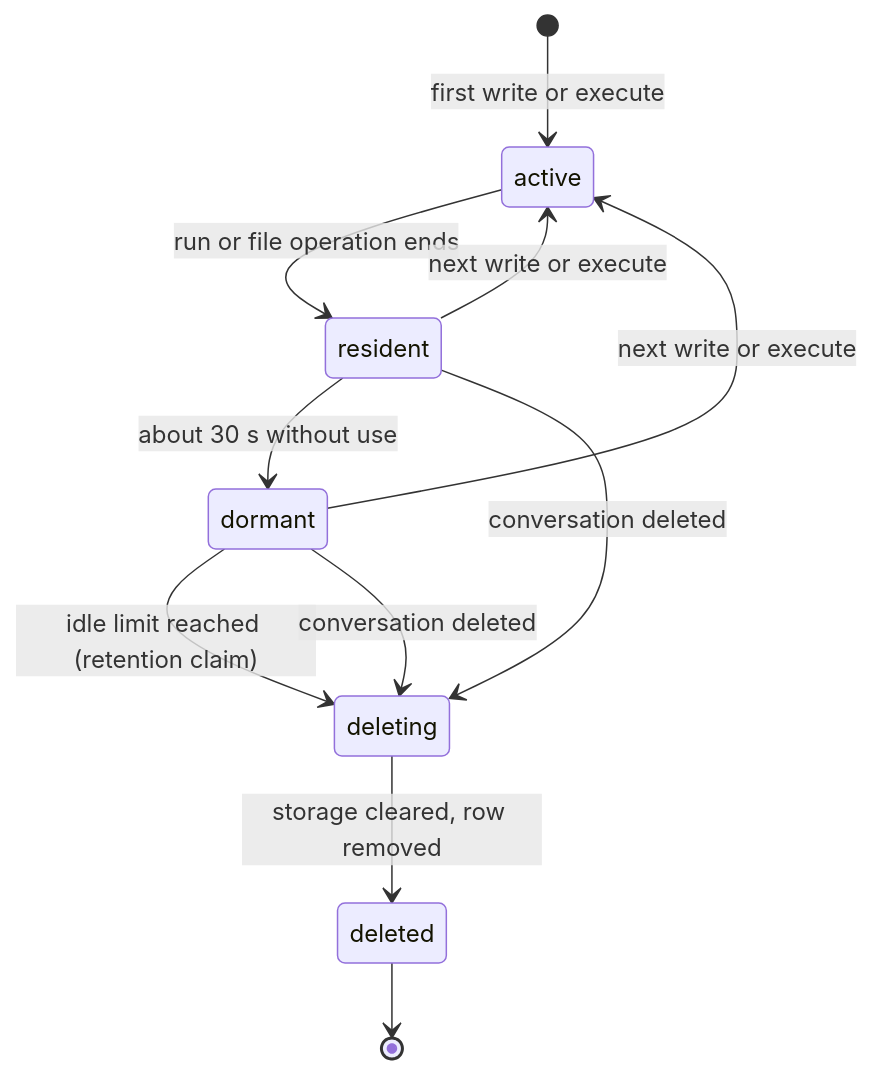
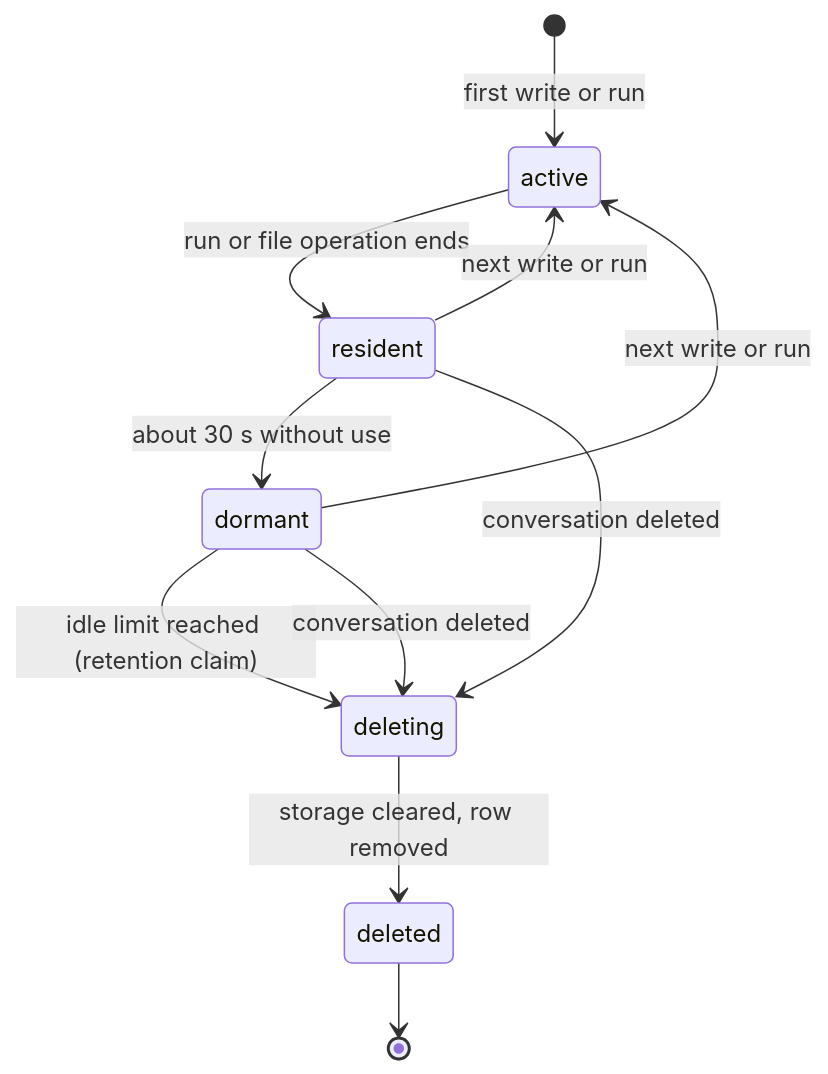
One commit to archos-at/archos changed the first of 2 diagrams in docs/design/agent-computer.md. Above: the diagram before and after it, drawn with Mermaid. The commit also changed other lines of this file and 1 other file, not shown here.

````diff
--- a/docs/design/agent-computer.md
+++ b/docs/design/agent-computer.md
@@ -119,13 +173,13 @@
 ```mermaid
 stateDiagram-v2
-  [*] --> active: first write or execute
+  [*] --> active: first write or run
   active --> resident: run or file operation ends
-  resident --> active: next write or execute
+  resident --> active: next write or run
   resident --> dormant: about 30 s without use
-  dormant --> active: next write or execute
+  dormant --> active: next write or run
   dormant --> deleting: idle limit reached (retention claim)
   resident --> deleting: conversation deleted
   dormant --> deleting: conversation deleted
   deleting --> deleted: storage cleared, row removed
   deleted --> [*]
 ```
````
